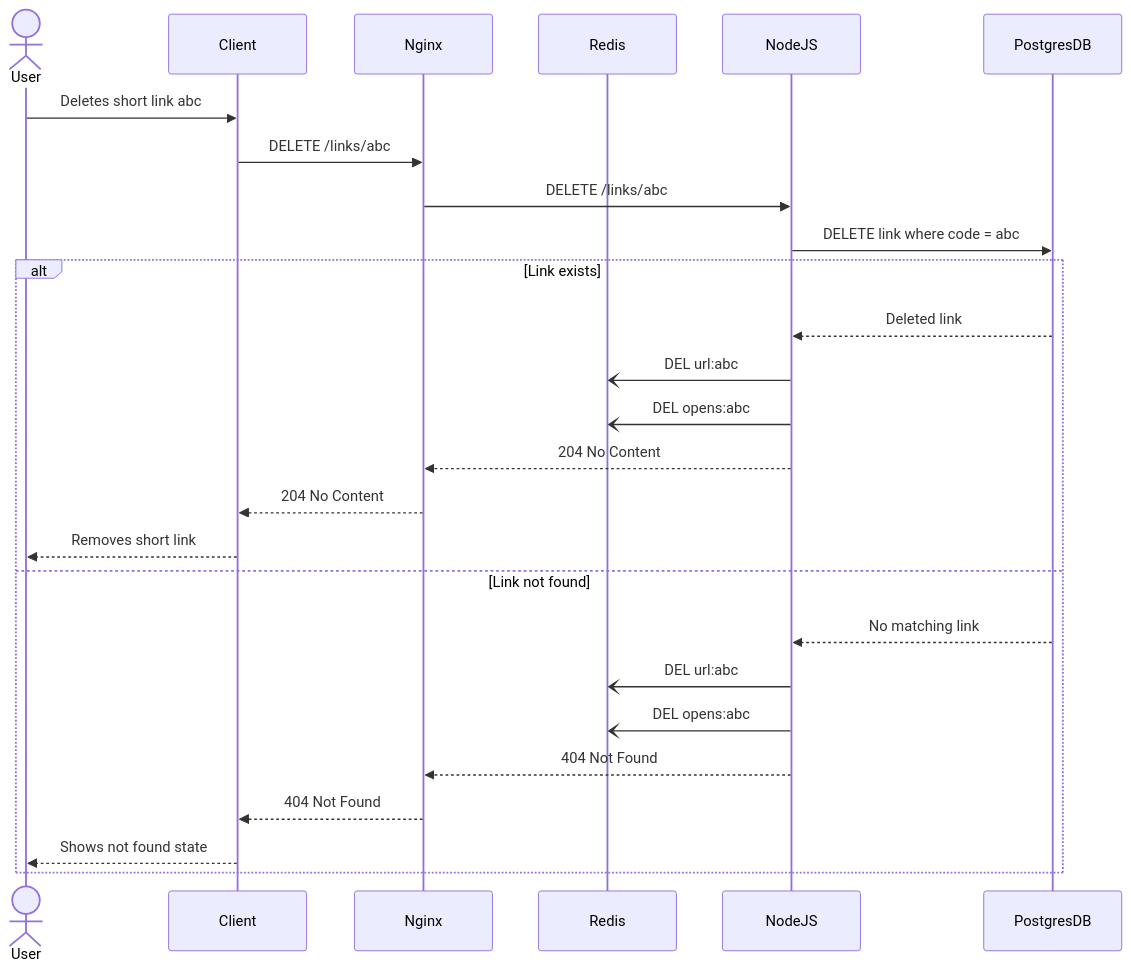
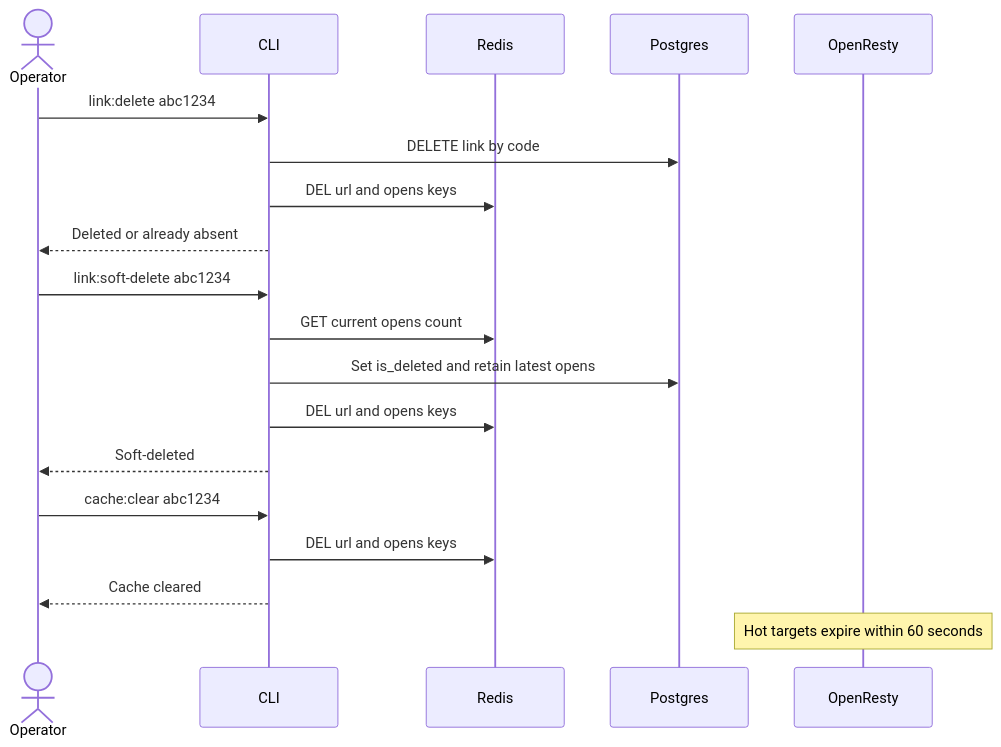
Before and after one commit to gennadiipel/link-shortener: the third of 3 diagrams in README.md, drawn with Mermaid. The commit also changed other lines of this file and 17 other files, not shown here.

````diff
--- a/README.md
+++ b/README.md
@@ -183,30 +198,25 @@
 ```mermaid
 sequenceDiagram
-  Actor User
-  participant Client
-  participant Nginx
+  actor Operator
+  participant CLI
   participant Redis
-  participant NodeJS
-  participant PostgresDB
+  participant Postgres
+  participant OpenResty
 
-  User->>Client: Deletes short link abc
-  Client->>Nginx: DELETE /links/abc
-  Nginx->>NodeJS: DELETE /links/abc
-  NodeJS->>PostgresDB: DELETE link where code = abc
+  Operator->>CLI: link:delete abc1234
+  CLI->>Postgres: DELETE link by code
+  CLI->>Redis: DEL url and opens keys
+  CLI-->>Operator: Deleted or already absent
 
-  alt Link exists
-    PostgresDB-->>NodeJS: Deleted link
-    NodeJS-)Redis: DEL url:abc
-    NodeJS-)Redis: DEL opens:abc
-    NodeJS-->>Nginx: 204 No Content
-    Nginx-->>Client: 204 No Content
-    Client-->>User: Removes short link
-  else Link not found
-    PostgresDB-->>NodeJS: No matching link
-    NodeJS-)Redis: DEL url:abc
-    NodeJS-)Redis: DEL opens:abc
-    NodeJS-->>Nginx: 404 Not Found
-    Nginx-->>Client: 404 Not Found
-    Client-->>User: Shows not found state
-  end
+  Operator->>CLI: link:soft-delete abc1234
+  CLI->>Redis: GET current opens count
+  CLI->>Postgres: Set is_deleted and retain latest opens
+  CLI->>Redis: DEL url and opens keys
+  CLI-->>Operator: Soft-deleted
+
+  Operator->>CLI: cache:clear abc1234
+  CLI->>Redis: DEL url and opens keys
+  CLI-->>Operator: Cache cleared
+
+  Note over OpenResty: Hot targets expire within 60 seconds
 ```
````
